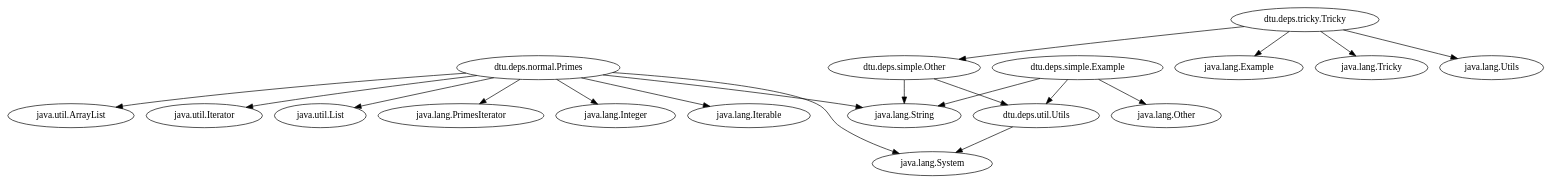
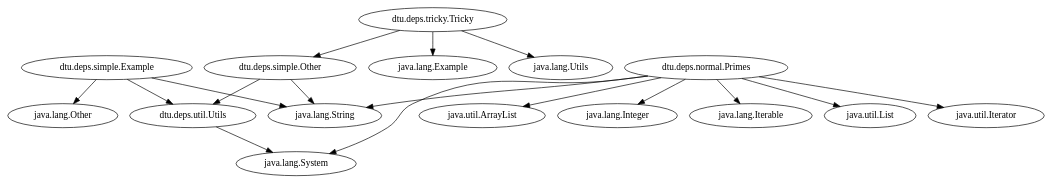
Before and after one commit to gtheodoridis/Program_Analysis_G4: the diagram in assignment-01/dependencies.gv, drawn with Graphviz. The commit also changed 2 other files, not shown here.

```diff
--- a/assignment-01/dependencies.gv
+++ b/assignment-01/dependencies.gv
@@ -1,26 +1,24 @@
 // Dependencies
 digraph {
-	"dtu.deps.normal.Primes"
-	"dtu.deps.normal.Primes" -> "java.util.Iterator"
-	"dtu.deps.normal.Primes" -> "java.util.List"
-	"dtu.deps.normal.Primes" -> "java.lang.PrimesIterator"
-	"dtu.deps.normal.Primes" -> "java.lang.Integer"
-	"dtu.deps.normal.Primes" -> "java.lang.Iterable"
-	"dtu.deps.normal.Primes" -> "java.lang.System"
-	"dtu.deps.normal.Primes" -> "java.lang.String"
-	"dtu.deps.normal.Primes" -> "java.util.ArrayList"
-	"dtu.deps.simple.Example"
-	"dtu.deps.simple.Example" -> "dtu.deps.util.Utils"
-	"dtu.deps.simple.Example" -> "java.lang.Other"
-	"dtu.deps.simple.Example" -> "java.lang.String"
 	"dtu.deps.simple.Other"
 	"dtu.deps.simple.Other" -> "dtu.deps.util.Utils"
 	"dtu.deps.simple.Other" -> "java.lang.String"
+	"dtu.deps.simple.Example"
+	"dtu.deps.simple.Example" -> "java.lang.Other"
+	"dtu.deps.simple.Example" -> "dtu.deps.util.Utils"
+	"dtu.deps.simple.Example" -> "java.lang.String"
+	"dtu.deps.util.Utils"
+	"dtu.deps.util.Utils" -> "java.lang.System"
+	"dtu.deps.normal.Primes"
+	"dtu.deps.normal.Primes" -> "java.lang.Iterable"
+	"dtu.deps.normal.Primes" -> "java.lang.System"
+	"dtu.deps.normal.Primes" -> "java.util.List"
+	"dtu.deps.normal.Primes" -> "java.util.Iterator"
+	"dtu.deps.normal.Primes" -> "java.util.ArrayList"
+	"dtu.deps.normal.Primes" -> "java.lang.Integer"
+	"dtu.deps.normal.Primes" -> "java.lang.String"
 	"dtu.deps.tricky.Tricky"
 	"dtu.deps.tricky.Tricky" -> "dtu.deps.simple.Other"
 	"dtu.deps.tricky.Tricky" -> "java.lang.Example"
-	"dtu.deps.tricky.Tricky" -> "java.lang.Tricky"
 	"dtu.deps.tricky.Tricky" -> "java.lang.Utils"
-	"dtu.deps.util.Utils"
-	"dtu.deps.util.Utils" -> "java.lang.System"
 }
```
